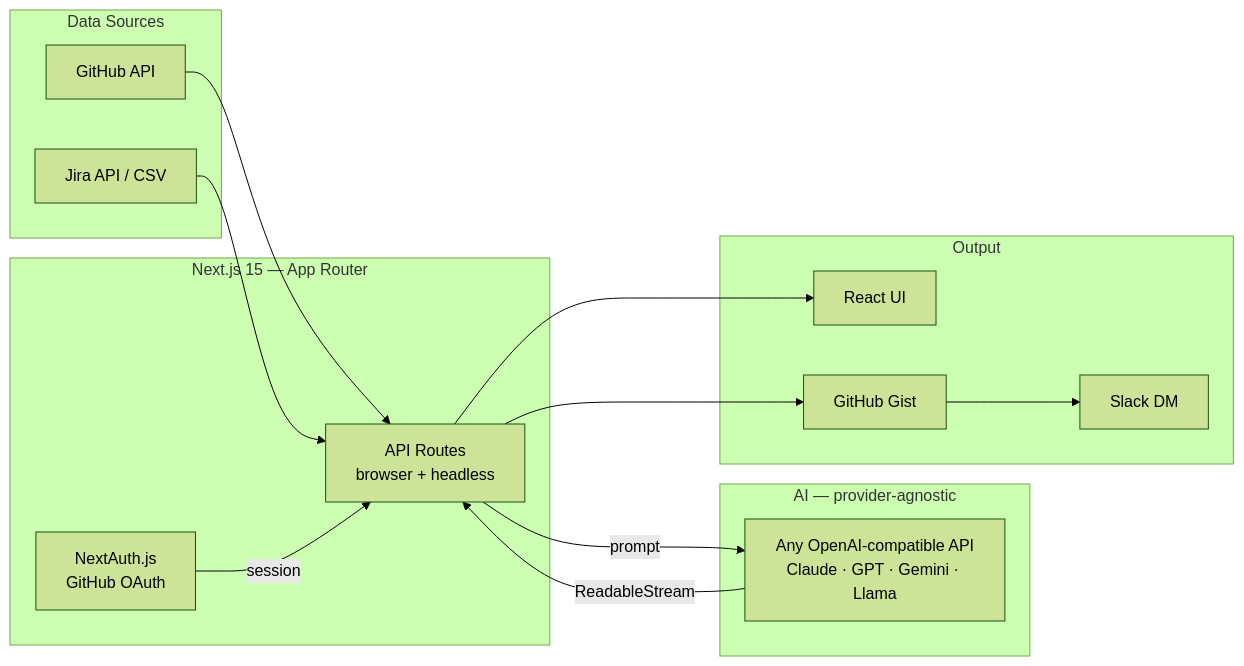
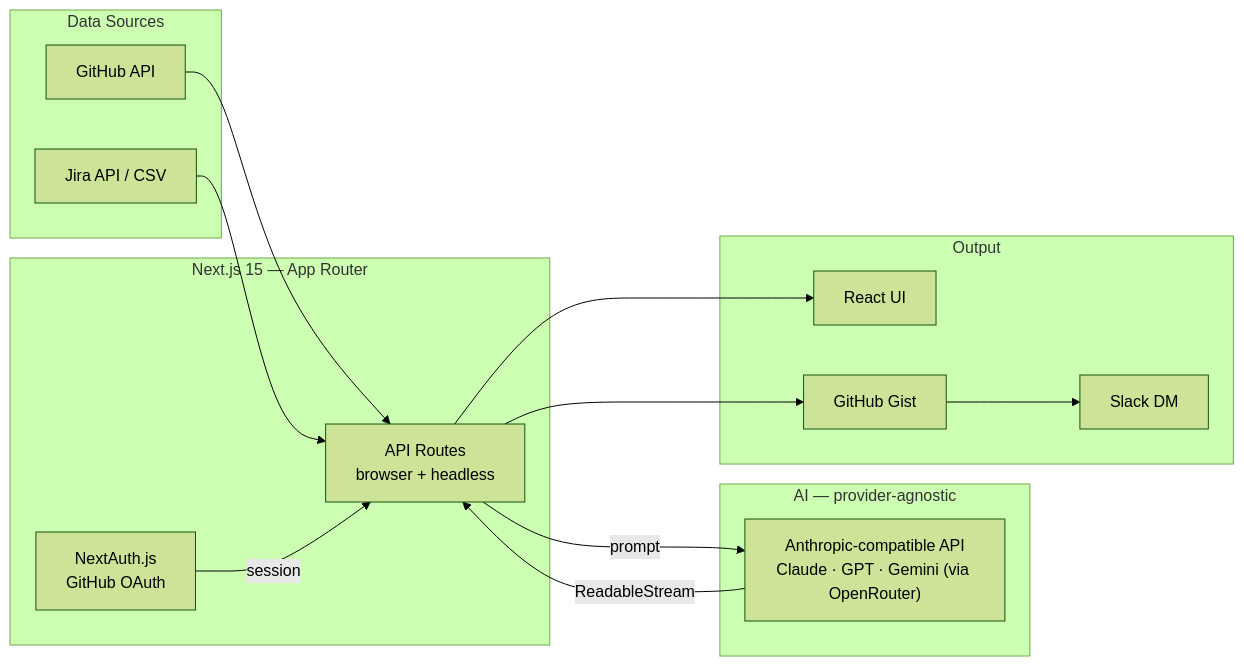
Before and after one commit to danjiawork/weekly-report: the diagram in README.md, drawn with Mermaid (forest theme). The commit also changed other lines of this file and 8 other files, not shown here.

````diff
--- a/README.md
+++ b/README.md
@@ -23,29 +23,29 @@
 ```mermaid
 graph LR
     subgraph Sources["Data Sources"]
         GH[GitHub API]
         JI[Jira API / CSV]
     end
 
     subgraph App["Next.js 15 — App Router"]
         AUTH["NextAuth.js\nGitHub OAuth"]
         API["API Routes\nbrowser + headless"]
     end
 
     subgraph AILayer["AI — provider-agnostic"]
-        MODEL["Any OpenAI-compatible API\nClaude · GPT · Gemini · Llama"]
+        MODEL["Anthropic-compatible API\nClaude · GPT · Gemini (via OpenRouter)"]
     end
 
     subgraph Output["Output"]
         UI[React UI]
         GIST[GitHub Gist]
         SLACK[Slack DM]
     end
 
     GH & JI --> API
     AUTH -->|"session"| API
     API -->|"prompt"| MODEL
     MODEL -->|"ReadableStream"| API
     API --> UI & GIST
     GIST --> SLACK
 ```
````
